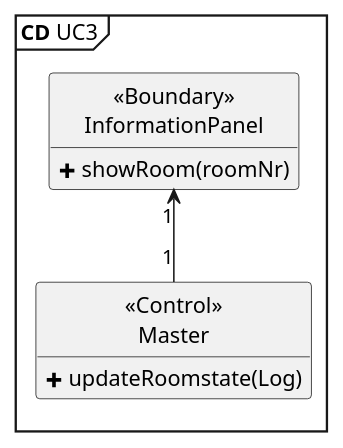
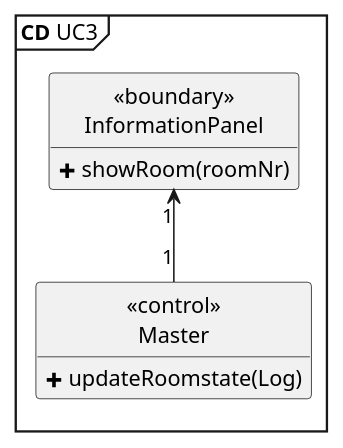
One commit to Tukkel/Projekt_2 changed the diagram in SysML/Software Arkitektur-Design/UC3 AM/CD UC3.puml. Above: the diagram before and after it, drawn with PlantUML. The commit also changed 1 other file, not shown here.

```diff
--- a/SysML/Software Arkitektur-Design/UC3 AM/CD UC3.puml
+++ b/SysML/Software Arkitektur-Design/UC3 AM/CD UC3.puml
@@ -1,17 +1,17 @@
 @startuml CD
 skinparam style strictuml
 hide empty members
 
 mainframe **CD** UC3
 
-class "<<Boundary>>\nInformationPanel" as IP {
+class "<<boundary>>\nInformationPanel" as IP {
     <&plus> showRoom(roomNr)
 }
 
-class "<<Control>>\nMaster" as MA {
+class "<<control>>\nMaster" as MA {
     <&plus> updateRoomstate(Log)
 }
 
 
 IP "1" <-- "1" MA
 @enduml
```
